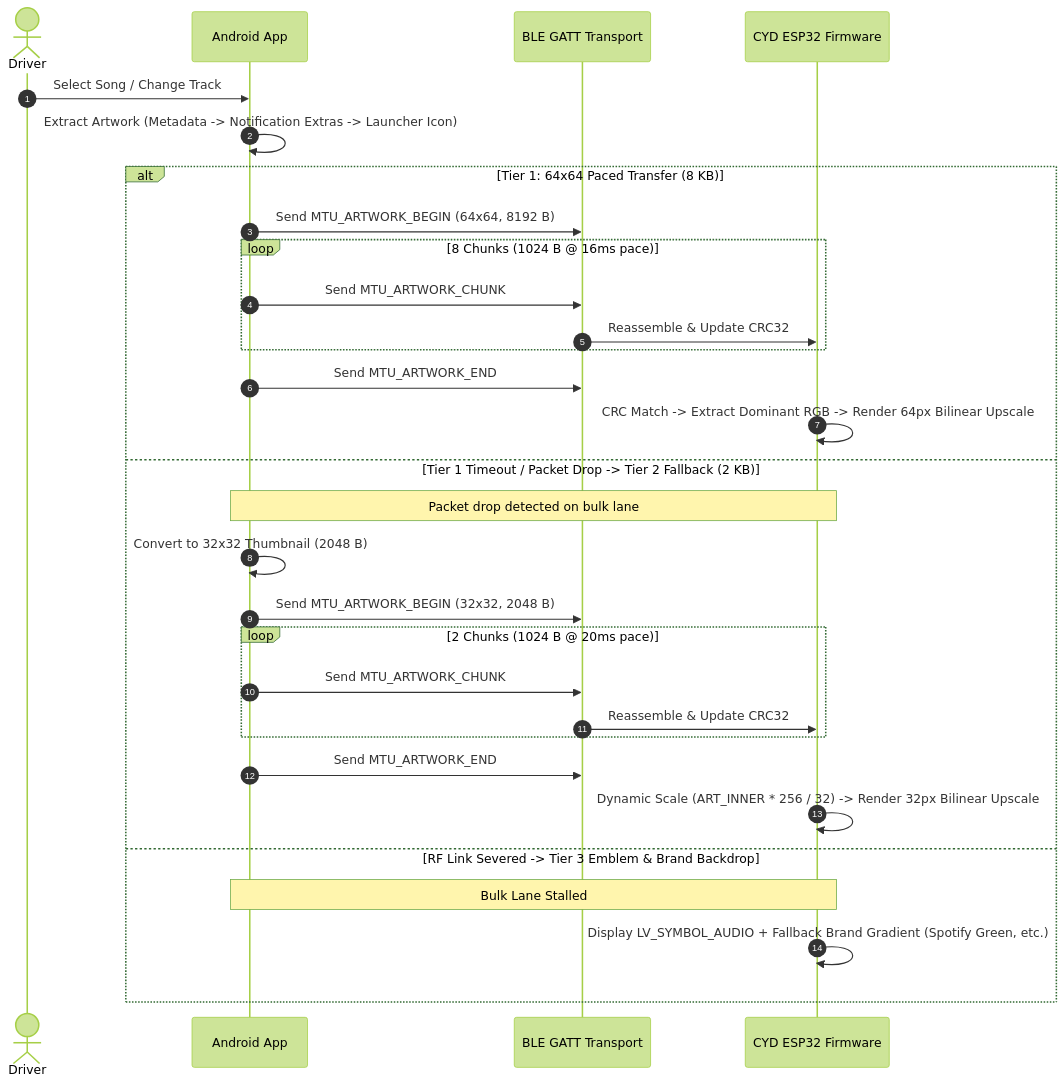
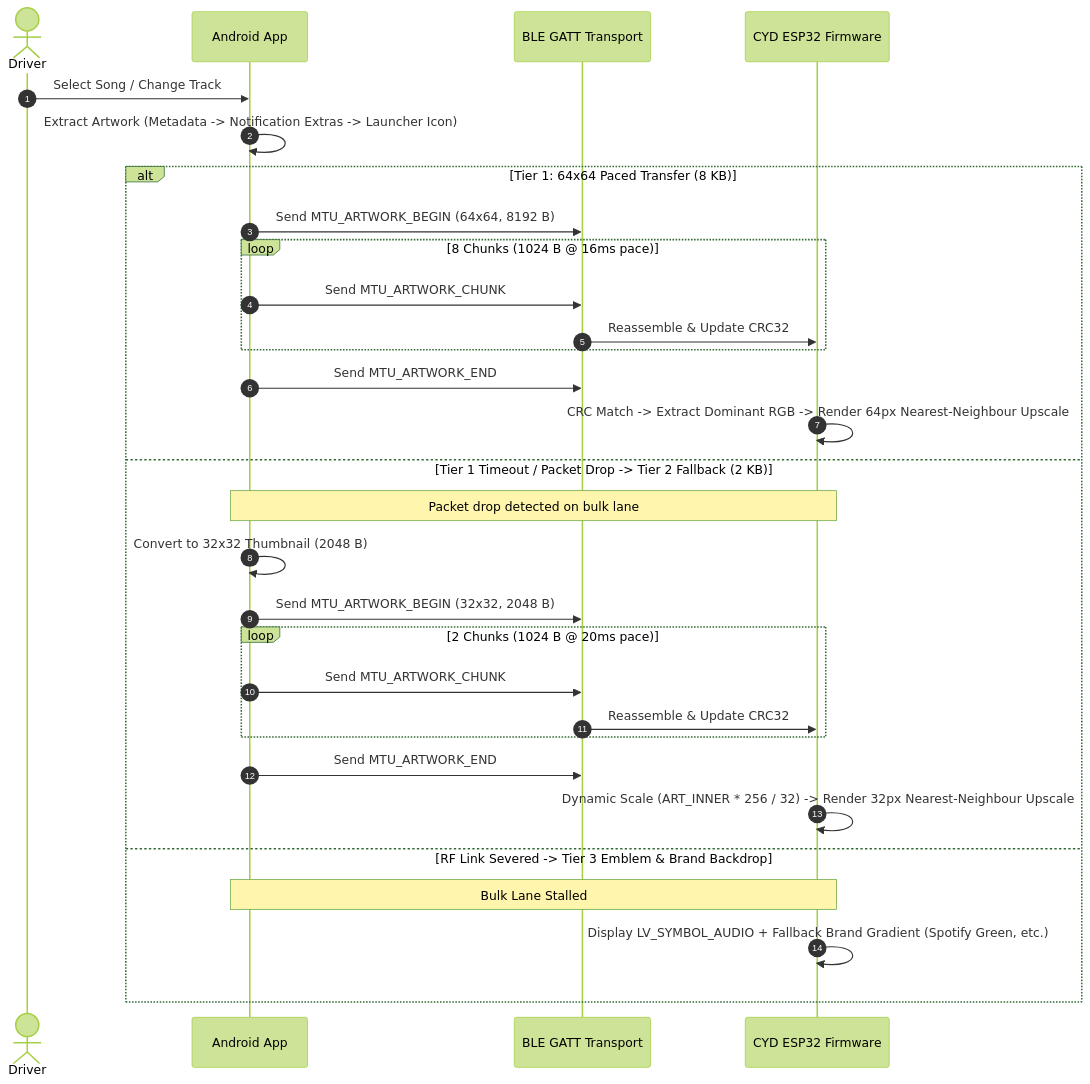
One commit to jashjain-1/CYD-Build changed the second of 2 diagrams in README.md. Above: the diagram before and after it, drawn with Mermaid (forest theme). The commit also changed other lines of this file and 315 other files, not shown here.

````diff
--- a/README.md
+++ b/README.md
@@ -107,33 +124,33 @@
 ```mermaid
 sequenceDiagram
     autonumber
     actor Driver
     participant Phone as Android App
     participant BLE as BLE GATT Transport
     participant HUD as CYD ESP32 Firmware
 
     Driver->>Phone: Select Song / Change Track
     Phone->>Phone: Extract Artwork (Metadata -> Notification Extras -> Launcher Icon)
     alt Tier 1: 64x64 Paced Transfer (8 KB)
         Phone->>BLE: Send MTU_ARTWORK_BEGIN (64x64, 8192 B)
         loop 8 Chunks (1024 B @ 16ms pace)
             Phone->>BLE: Send MTU_ARTWORK_CHUNK
             BLE->>HUD: Reassemble & Update CRC32
         end
         Phone->>BLE: Send MTU_ARTWORK_END
-        HUD->>HUD: CRC Match -> Extract Dominant RGB -> Render 64px Bilinear Upscale
+        HUD->>HUD: CRC Match -> Extract Dominant RGB -> Render 64px Nearest-Neighbour Upscale
     else Tier 1 Timeout / Packet Drop -> Tier 2 Fallback (2 KB)
         Note over Phone,HUD: Packet drop detected on bulk lane
         Phone->>Phone: Convert to 32x32 Thumbnail (2048 B)
         Phone->>BLE: Send MTU_ARTWORK_BEGIN (32x32, 2048 B)
         loop 2 Chunks (1024 B @ 20ms pace)
             Phone->>BLE: Send MTU_ARTWORK_CHUNK
             BLE->>HUD: Reassemble & Update CRC32
         end
         Phone->>BLE: Send MTU_ARTWORK_END
-        HUD->>HUD: Dynamic Scale (ART_INNER * 256 / 32) -> Render 32px Bilinear Upscale
+        HUD->>HUD: Dynamic Scale (ART_INNER * 256 / 32) -> Render 32px Nearest-Neighbour Upscale
     else RF Link Severed -> Tier 3 Emblem & Brand Backdrop
         Note over Phone,HUD: Bulk Lane Stalled
         HUD->>HUD: Display LV_SYMBOL_AUDIO + Fallback Brand Gradient (Spotify Green, etc.)
     end
 ```
````
